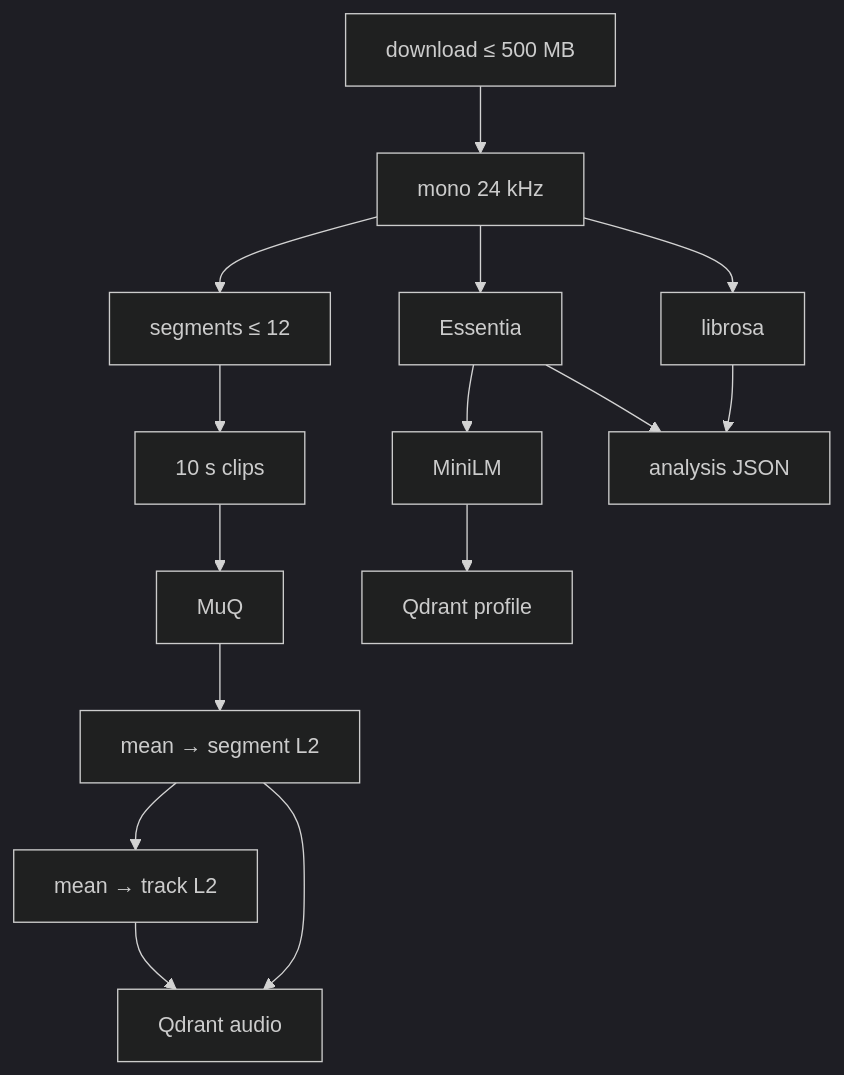
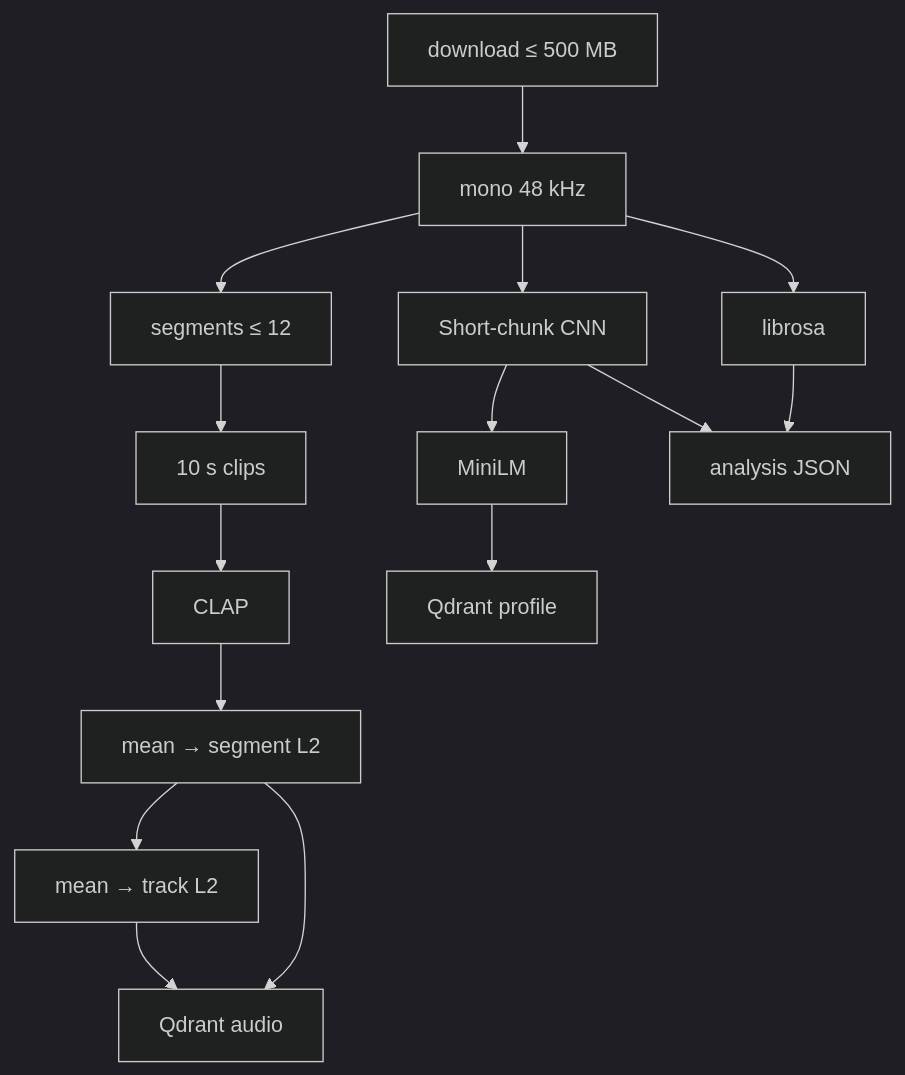
The third of 5 diagrams in apps/ml-worker/README.md (gabrielemidulla/0x1audio), drawn with Mermaid (dark theme) before and after one commit. The commit also changed other lines of this file and 25 other files, not shown here.

First line of the commit message:
Replace MuQ and Essentia with commercially-licensed CLAP and Short-chunk CNN.

````diff
--- a/apps/ml-worker/README.md
+++ b/apps/ml-worker/README.md
@@ -46,17 +46,17 @@
 ```mermaid
 flowchart TB
-  DL[download ≤ 500 MB] --> Load[mono 24 kHz]
+  DL[download ≤ 500 MB] --> Load[mono 48 kHz]
   Load --> Seg[segments ≤ 12]
   Seg --> Clips[10 s clips]
-  Load --> Essentia
+  Load --> Tagger[Short-chunk CNN]
   Load --> DSP[librosa]
-  Clips --> MuQ
-  MuQ --> SegVec[mean → segment L2]
+  Clips --> CLAP
+  CLAP --> SegVec[mean → segment L2]
   SegVec --> TrackVec[mean → track L2]
-  Essentia --> MiniLM
+  Tagger --> MiniLM
   TrackVec --> QA[Qdrant audio]
   SegVec --> QA
   MiniLM --> QP[Qdrant profile]
   DSP --> JSON[analysis JSON]
-  Essentia --> JSON
+  Tagger --> JSON
 ```
````
